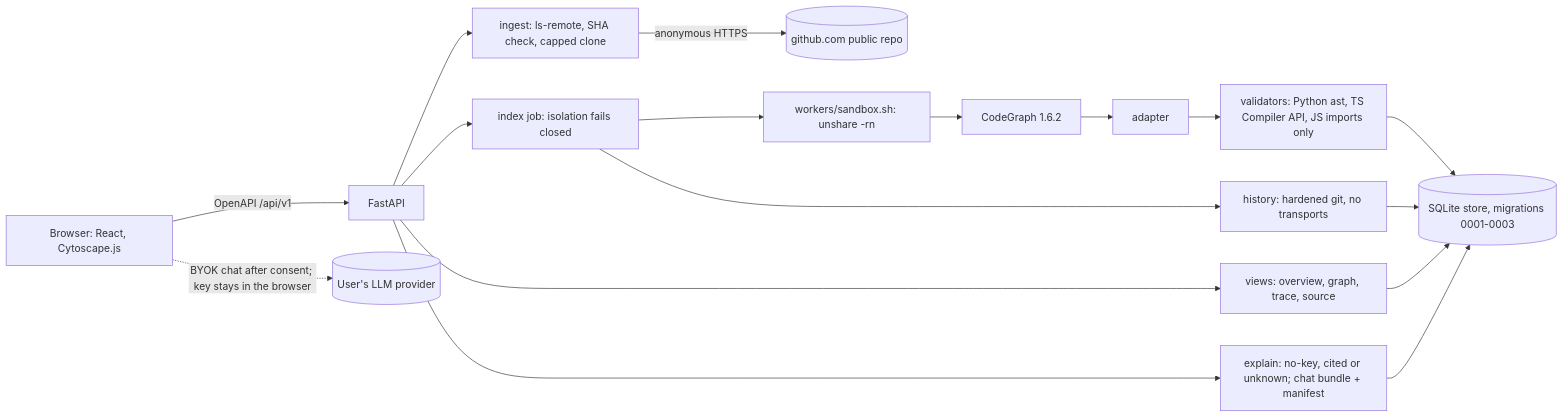
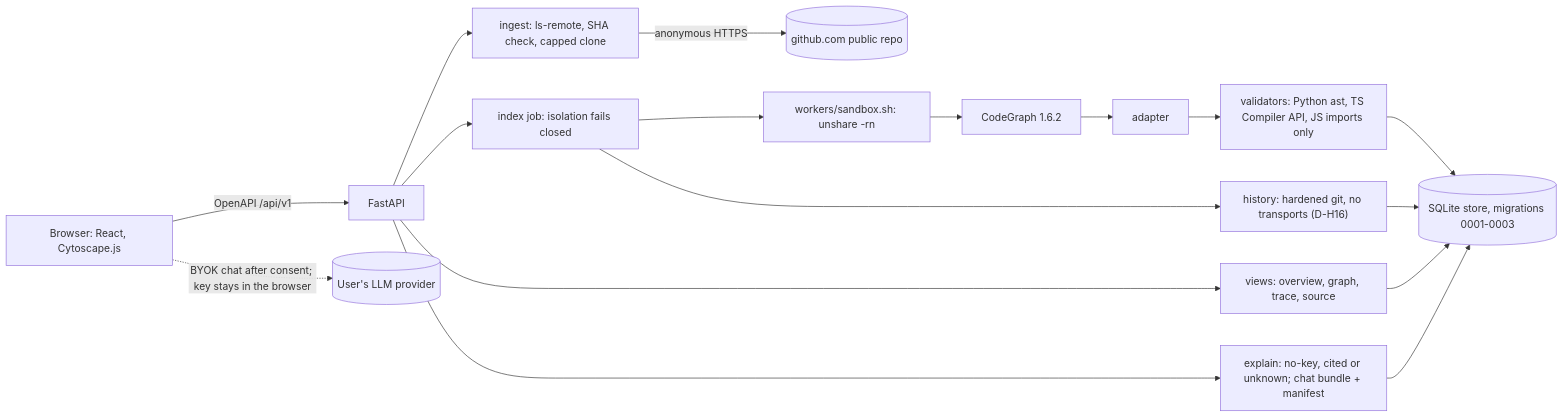
Before and after one commit to ShaileshRawat1403/traces: the diagram in docs/review/V1_REVIEW_PACKAGE.md, drawn with Mermaid. The commit also changed other lines of this file and 3 other files, not shown here.

````diff
--- a/docs/review/V1_REVIEW_PACKAGE.md
+++ b/docs/review/V1_REVIEW_PACKAGE.md
@@ -44,14 +78,14 @@
 ```mermaid
 flowchart LR
   U["Browser: React, Cytoscape.js"] -->|"OpenAPI /api/v1"| API["FastAPI"]
   U -. "BYOK chat after consent; key stays in the browser" .-> LLM[("User's LLM provider")]
   API --> ING["ingest: ls-remote, SHA check, capped clone"]
   ING -->|"anonymous HTTPS"| GH[("github.com public repo")]
   API --> JOB["index job: isolation fails closed"]
   JOB --> SB["workers/sandbox.sh: unshare -rn"]
   SB --> CG["CodeGraph 1.6.2"] --> AD["adapter"] --> VAL["validators: Python ast, TS Compiler API, JS imports only"]
   VAL --> ST[("SQLite store, migrations 0001-0003")]
-  JOB --> HIS["history: hardened git, no transports"] --> ST
+  JOB --> HIS["history: hardened git, no transports (D-H16)"] --> ST
   API --> VW["views: overview, graph, trace, source"] --> ST
   API --> EX["explain: no-key, cited or unknown; chat bundle + manifest"] --> ST
 ```
````
